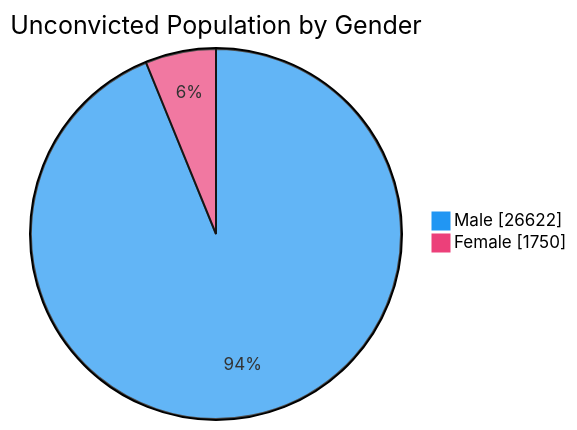
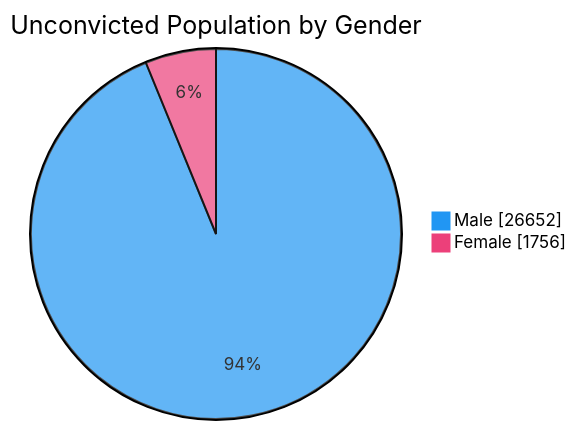
Before and after one commit to nuuuwan/lk_prisons: the fourth of 7 diagrams in README.md, drawn with Mermaid. The commit also changed other lines of this file and 1 other file, not shown here.

````diff
--- a/README.md
+++ b/README.md
@@ -76,6 +76,6 @@
 ```mermaid
 %%{init: {'themeVariables': {'pie1': '#2196F3', 'pie2': '#EC407A'}}}%%
 pie showData title Unconvicted Population by Gender
-    "Male" : 26622
-    "Female" : 1750
+    "Male" : 26652
+    "Female" : 1756
 ```
````
